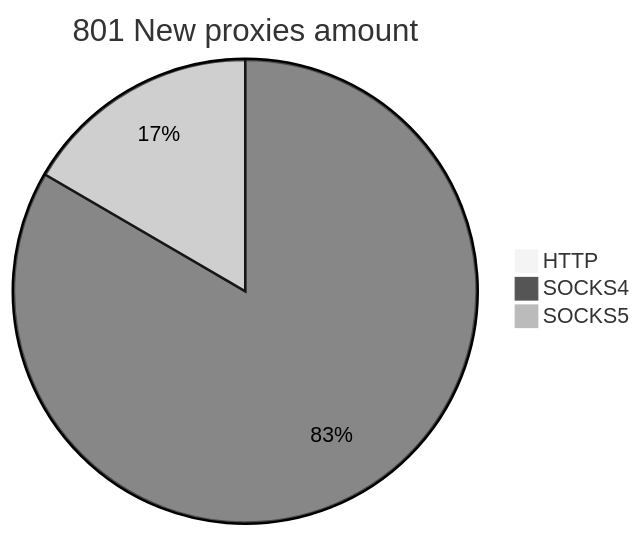
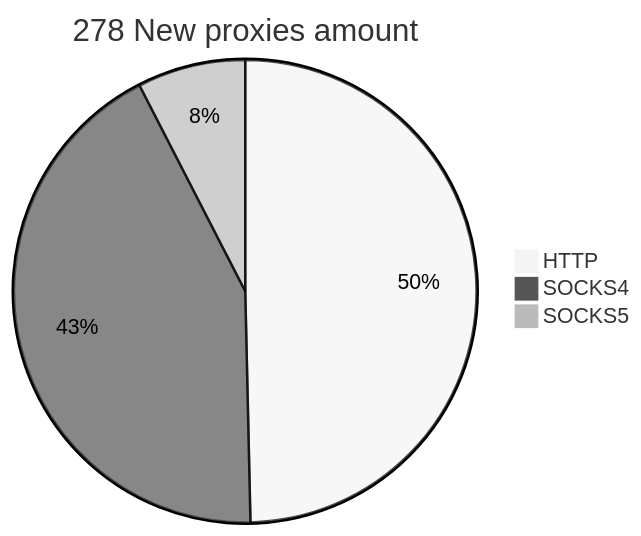
One commit to cutipu/proxylist changed the second of 2 diagrams in README.md. Above: the diagram before and after it, drawn with Mermaid (neutral theme). The commit also changed other lines of this file, not shown here.

````diff
--- a/README.md
+++ b/README.md
@@ -10,6 +10,6 @@
 ```mermaid
-pie title 801 New proxies amount
-    "HTTP" : 0
-    "SOCKS4" : 970
-    "SOCKS5" : 193
+pie title 278 New proxies amount
+    "HTTP" : 138
+    "SOCKS4" : 119
+    "SOCKS5" : 21
 ```
````
